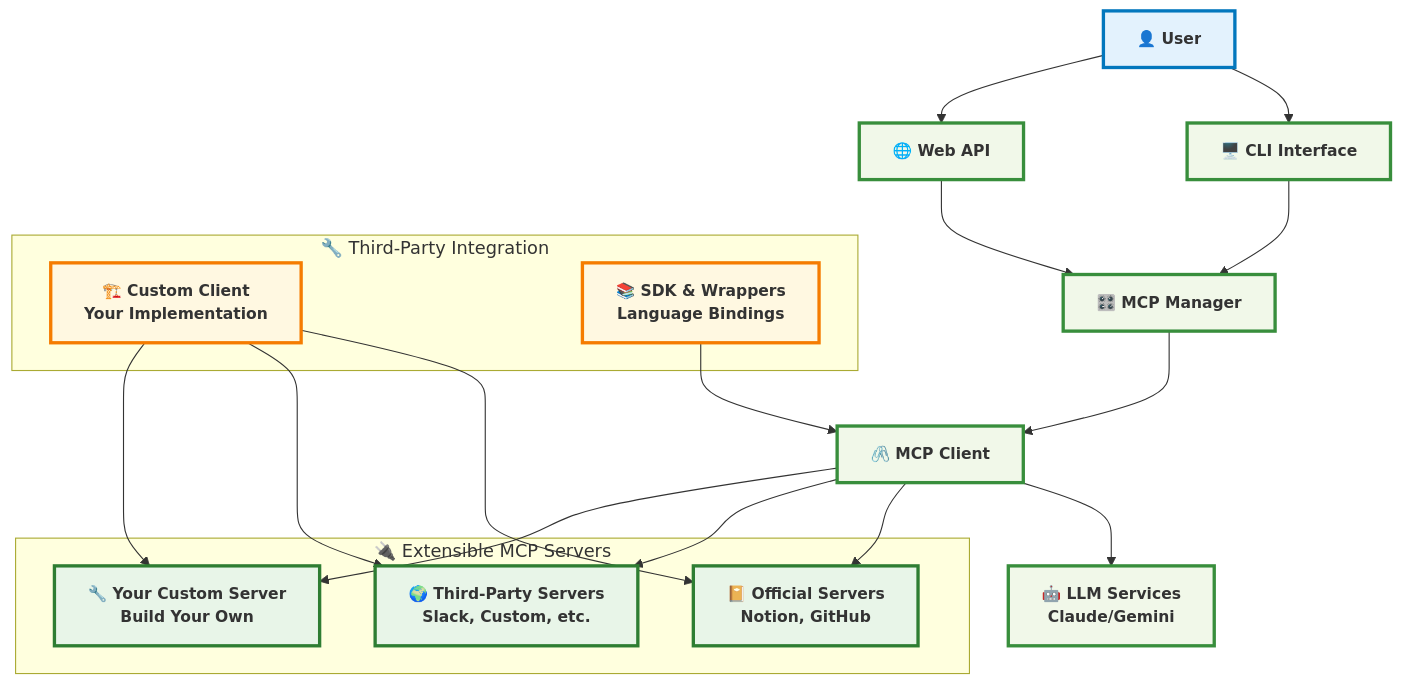
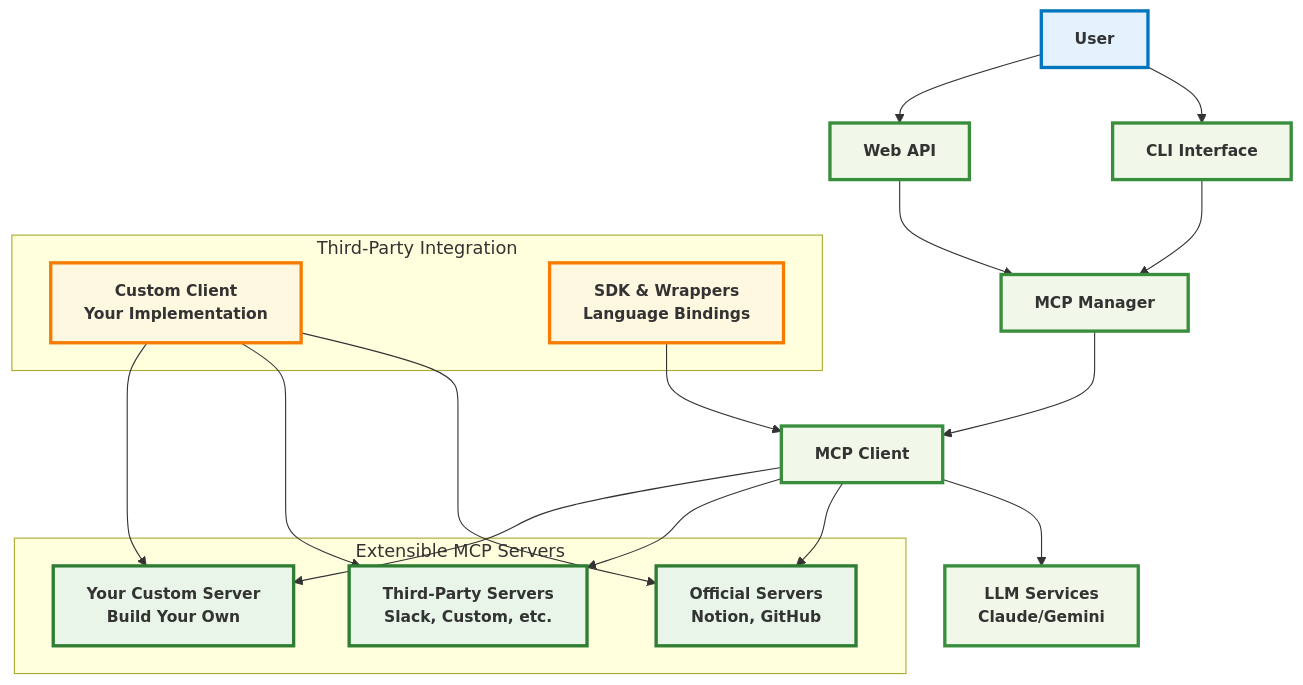
One commit to chi-n-nguyen/any-mcp changed the diagram in README.md. Above: the diagram before and after it, drawn with Mermaid. The commit also changed other lines of this file, not shown here.

Commit message:
remove all emojis from architecture diagram and README - clean professional look

````diff
--- a/README.md
+++ b/README.md
@@ -45,46 +45,46 @@
 ```mermaid
 graph TB
-    User[👤 User] --> CLI[🖥️ CLI Interface]
-    User --> WebAPI[🌐 Web API]
+    User[User] --> CLI[CLI Interface]
+    User --> WebAPI[Web API]
     
-    CLI --> MCPManager[🎛️ MCP Manager]
+    CLI --> MCPManager[MCP Manager]
     WebAPI --> MCPManager
     
-    MCPManager --> MCPClient[🖇️ MCP Client]
-    MCPClient --> LLM[🤖 LLM Services<br/>Claude/Gemini]
+    MCPManager --> MCPClient[MCP Client]
+    MCPClient --> LLM[LLM Services<br/>Claude/Gemini]
     
-    subgraph "🔌 Extensible MCP Servers"
-        Official[📔 Official Servers<br/>Notion, GitHub]
-        ThirdParty[🌍 Third-Party Servers<br/>Slack, Custom, etc.]
-        YourOwn[🔧 Your Custom Server<br/>Build Your Own]
+    subgraph "Extensible MCP Servers"
+        Official[Official Servers<br/>Notion, GitHub]
+        ThirdParty[Third-Party Servers<br/>Slack, Custom, etc.]
+        YourOwn[Your Custom Server<br/>Build Your Own]
     end
     
-    subgraph "🔧 Third-Party Integration"
-        CustomClient[🏗️ Custom Client<br/>Your Implementation]
-        SDK[📚 SDK & Wrappers<br/>Language Bindings]
+    subgraph "Third-Party Integration"
+        CustomClient[Custom Client<br/>Your Implementation]
+        SDK[SDK & Wrappers<br/>Language Bindings]
     end
     
     MCPClient --> Official
     MCPClient --> ThirdParty
     MCPClient --> YourOwn
     
     CustomClient --> Official
     CustomClient --> ThirdParty
     CustomClient --> YourOwn
     
     SDK --> MCPClient
     
     %% Make text more readable
     classDef textStyle font-size:14px,font-weight:bold
     class User,CLI,WebAPI,MCPManager,MCPClient,LLM,Official,ThirdParty,YourOwn,CustomClient,SDK textStyle
     
     classDef user fill:#e3f2fd,stroke:#0277bd,stroke-width:3px
     classDef core fill:#f1f8e9,stroke:#388e3c,stroke-width:3px
     classDef servers fill:#e8f5e8,stroke:#2e7d32,stroke-width:3px
     classDef thirdparty fill:#fff8e1,stroke:#f57c00,stroke-width:3px
     
     class User user
     class CLI,WebAPI,MCPManager,MCPClient,LLM core
     class Official,ThirdParty,YourOwn servers
     class CustomClient,SDK thirdparty
 ```
````
